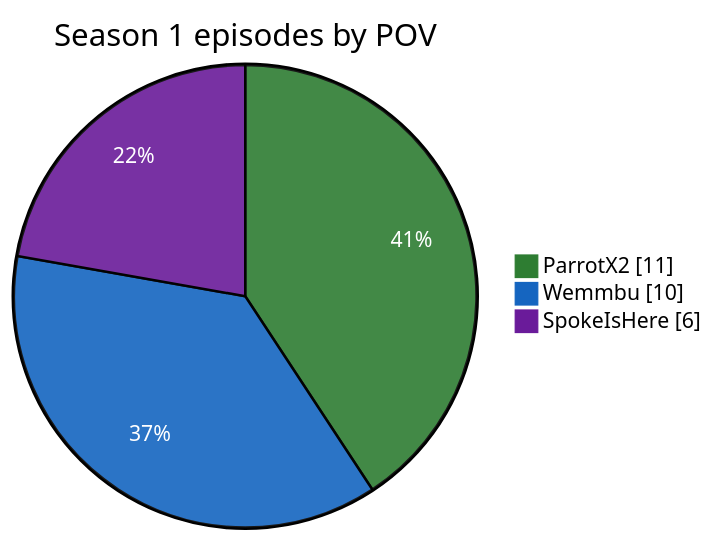
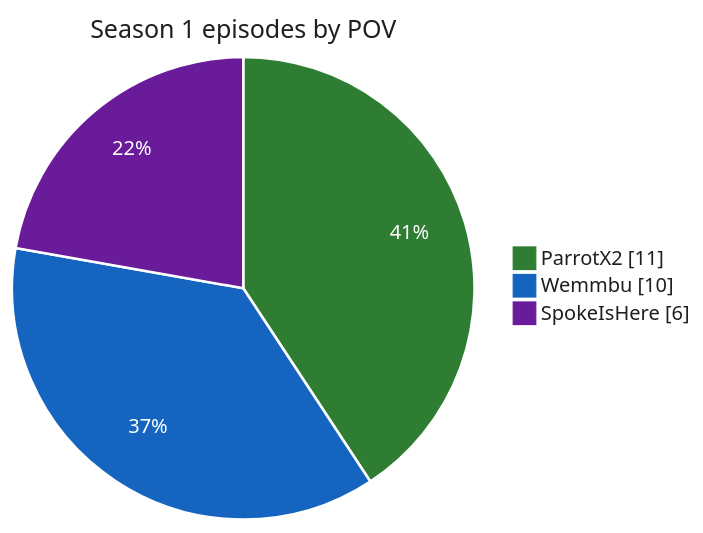
Before and after one commit to That1Guy005/Unstable-Wiki: the first of 2 diagrams in docs/episodes/season-1/index.md, drawn with Mermaid. The commit also changed other lines of this file and 57 other files, not shown here.

Commit message:
feat: improved readability charts

````diff
--- a/docs/episodes/season-1/index.md
+++ b/docs/episodes/season-1/index.md
@@ -16,8 +18,8 @@
 ```mermaid
-%%{init: {"themeVariables": {"pie1": "#2e7d32", "pie2": "#1565c0", "pie3": "#6a1b9a", "pieSectionTextColor": "#ffffff", "pieOpacity": "0.9"}}}%%
+%%{init: {"theme": "base", "themeVariables": {"pie1": "#2e7d32", "pie2": "#1565c0", "pie3": "#6a1b9a", "fontFamily": "Roboto, Helvetica, Arial, sans-serif", "pieSectionTextColor": "#ffffff", "pieSectionTextSize": "16px", "pieTitleTextColor": "#1f1f1f", "pieTitleTextSize": "20px", "pieLegendTextColor": "#1f1f1f", "pieLegendTextSize": "16px", "pieStrokeColor": "#ffffff", "pieStrokeWidth": "2px", "pieOuterStrokeWidth": "0px", "pieOpacity": "1"}, "themeCSS": ".legend text{fill:#1f1f1f !important;font-size:16px !important} .pieTitleText{fill:#1f1f1f !important}"}}%%
 pie showData
     title Season 1 episodes by POV
     "ParrotX2" : 11
     "Wemmbu" : 10
     "SpokeIsHere" : 6
 ```
````
